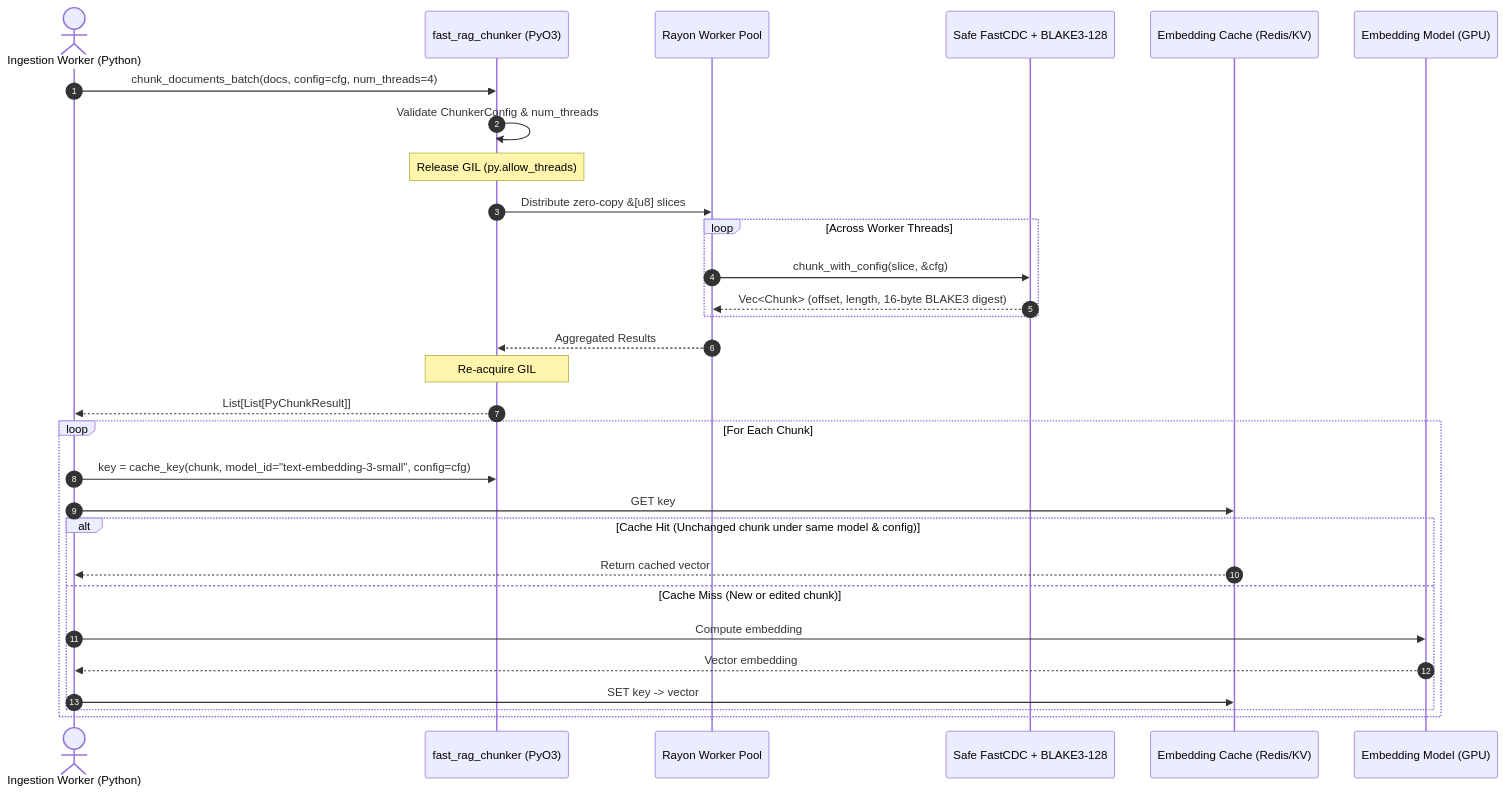
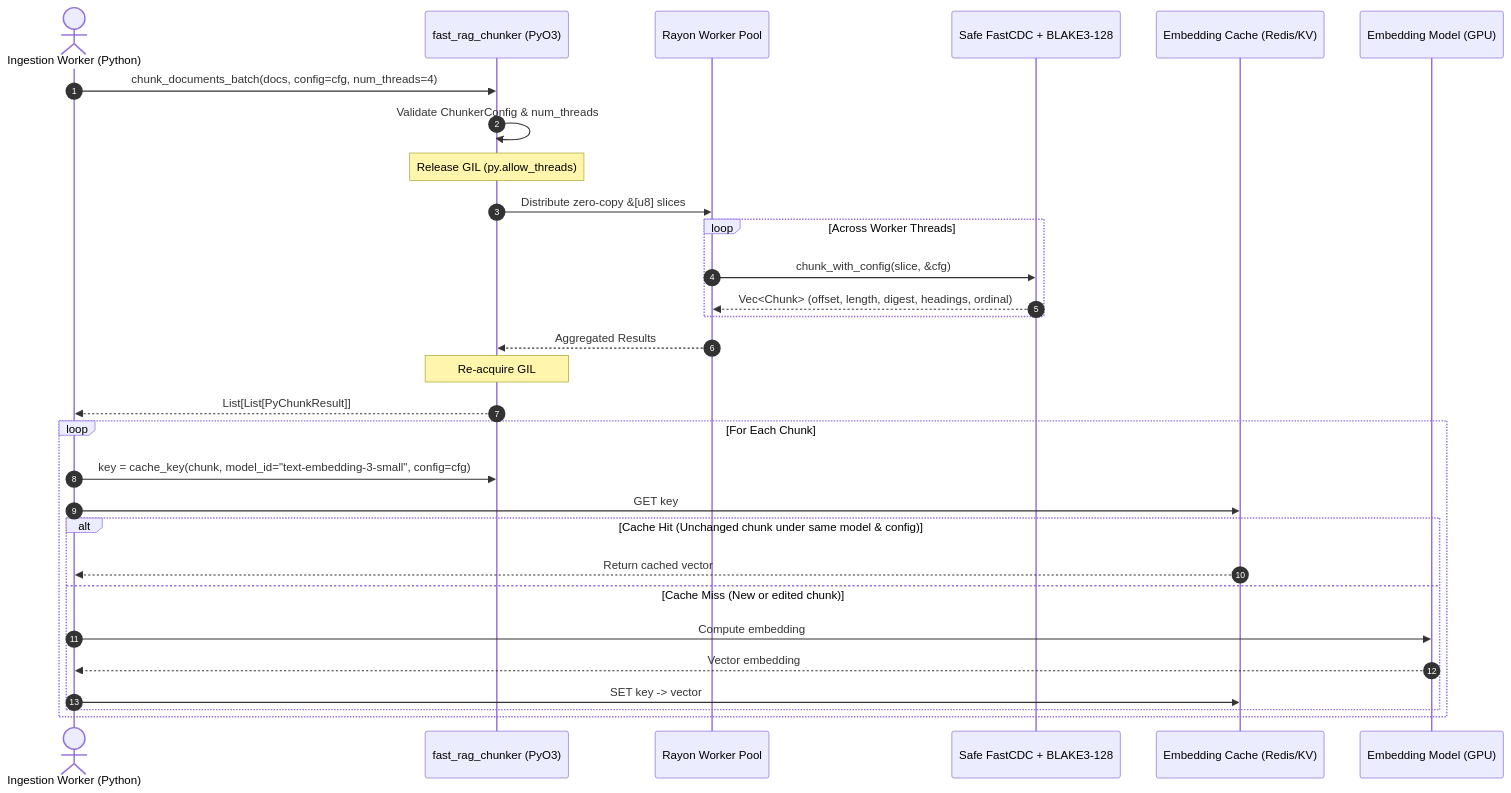
One commit to mjlelis/fast-rag-chunker changed the third of 3 diagrams in README.md. Above: the diagram before and after it, drawn with Mermaid. The commit also changed other lines of this file and 14 other files, not shown here.

````diff
--- a/README.md
+++ b/README.md
@@ -179,34 +272,34 @@
 ```mermaid
 sequenceDiagram
     autonumber
     actor Pipeline as Ingestion Worker (Python)
     participant PyO3 as fast_rag_chunker (PyO3)
     participant Rayon as Rayon Worker Pool
     participant SafeRust as Safe FastCDC + BLAKE3-128
     participant Cache as Embedding Cache (Redis/KV)
     participant Model as Embedding Model (GPU)
 
     Pipeline->>PyO3: chunk_documents_batch(docs, config=cfg, num_threads=4)
     PyO3->>PyO3: Validate ChunkerConfig & num_threads
     Note over PyO3: Release GIL (py.allow_threads)
     PyO3->>Rayon: Distribute zero-copy &[u8] slices
     loop Across Worker Threads
         Rayon->>SafeRust: chunk_with_config(slice, &cfg)
-        SafeRust-->>Rayon: Vec<Chunk> (offset, length, 16-byte BLAKE3 digest)
+        SafeRust-->>Rayon: Vec<Chunk> (offset, length, digest, headings, ordinal)
     end
     Rayon-->>PyO3: Aggregated Results
     Note over PyO3: Re-acquire GIL
     PyO3-->>Pipeline: List[List[PyChunkResult]]
 
     loop For Each Chunk
         Pipeline->>PyO3: key = cache_key(chunk, model_id="text-embedding-3-small", config=cfg)
         Pipeline->>Cache: GET key
         alt Cache Hit (Unchanged chunk under same model & config)
             Cache-->>Pipeline: Return cached vector
         else Cache Miss (New or edited chunk)
             Pipeline->>Model: Compute embedding
             Model-->>Pipeline: Vector embedding
             Pipeline->>Cache: SET key -> vector
         end
     end
 ```
````
